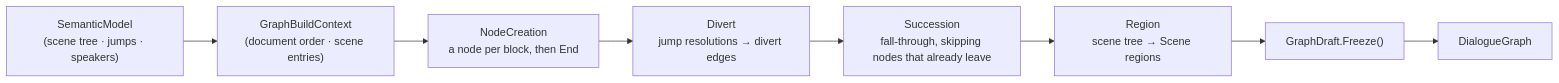
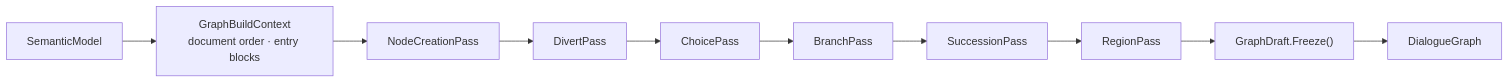
One commit to pengzhengyi/dialoguedown changed the third of 4 diagrams in docs/contributing/design-notes/core/Dialogue Graph.md. Above: the diagram before and after it, drawn with Mermaid. The commit also changed other lines of this file and 124 other files, not shown here.

````diff
--- a/docs/contributing/design-notes/core/Dialogue Graph.md
+++ b/docs/contributing/design-notes/core/Dialogue Graph.md
@@ -238,9 +117,6 @@
 ```mermaid
 flowchart LR
-  SM["SemanticModel<br/>(scene tree · jumps · speakers)"] --> C["GraphBuildContext<br/>(document order · scene entries)"]
-  C --> P1["NodeCreation<br/>a node per block, then End"]
-  P1 --> P2["Divert<br/>jump resolutions → divert edges"]
-  P2 --> P3["Succession<br/>fall-through, skipping nodes that already leave"]
-  P3 --> P4["Region<br/>scene tree → Scene regions"]
-  P4 --> F["GraphDraft.Freeze()"] --> G["DialogueGraph"]
+  SM["SemanticModel"] --> C["GraphBuildContext<br/>document order · entry blocks"]
+  C --> P1["NodeCreationPass"] --> P2["DivertPass"] --> P3["ChoicePass"] --> P4["BranchPass"] --> P5["SuccessionPass"] --> P6["RegionPass"]
+  P6 --> F["GraphDraft.Freeze()"] --> G["DialogueGraph"]
 ```
````
